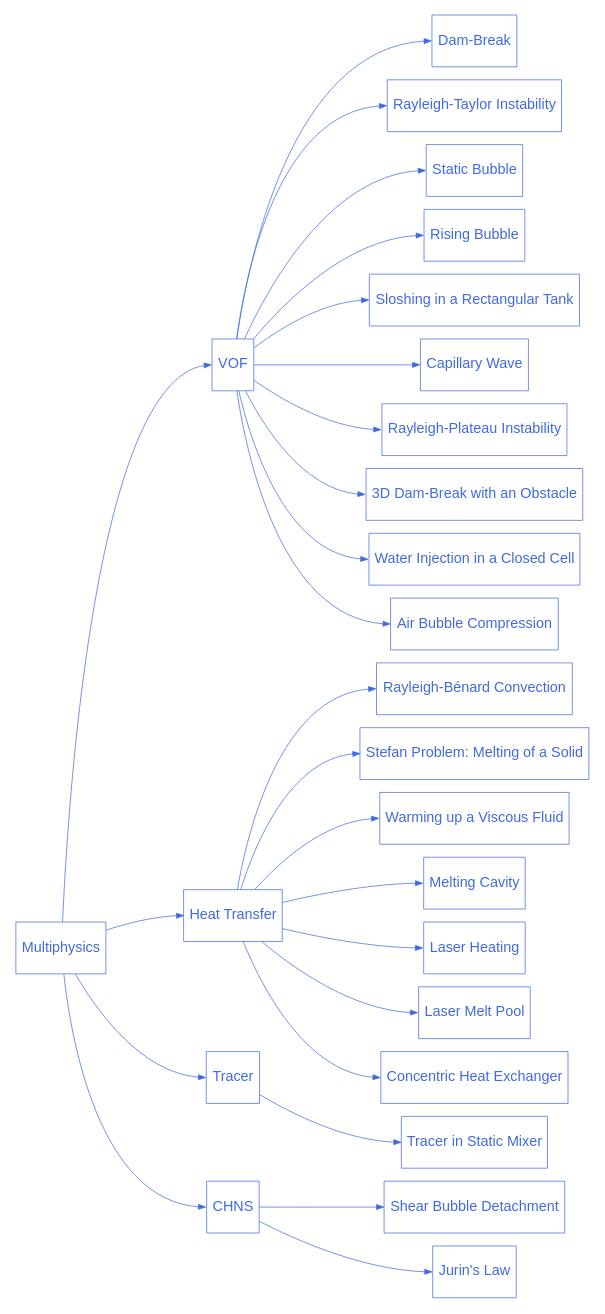
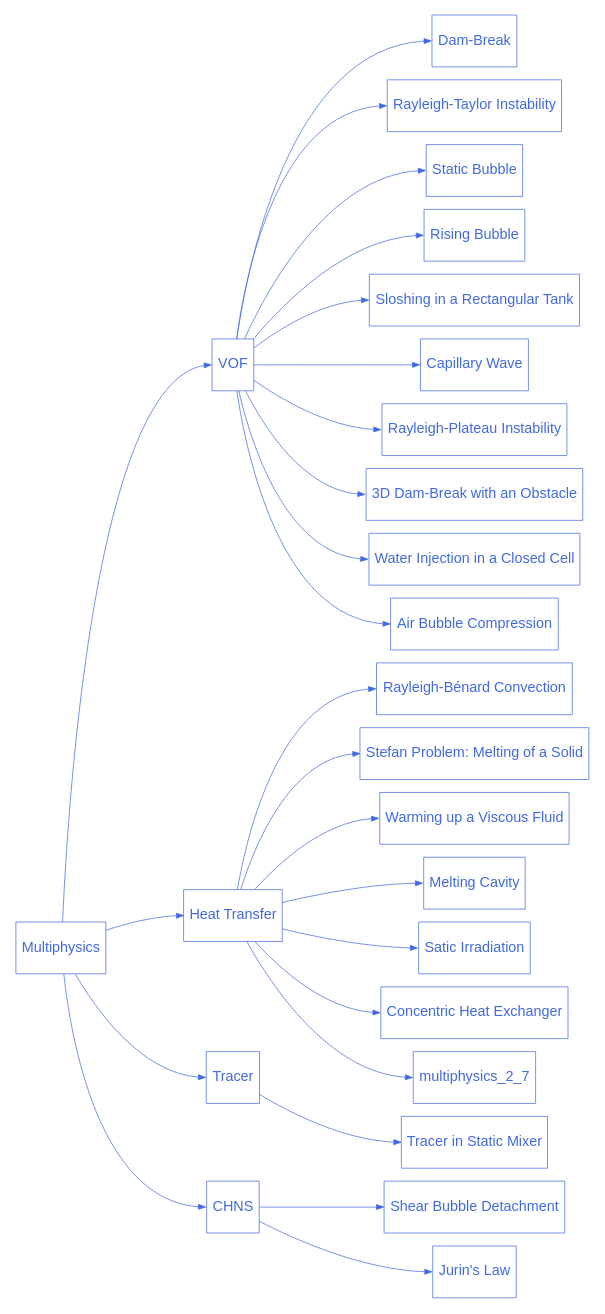
One commit to chaos-polymtl/lethe changed the diagram in doc/source/examples/multiphysics/multiphysics.rst. Above: the diagram before and after it, drawn with Graphviz. The commit also changed 4 other files, not shown here.

```diff
--- a/doc/source/examples/multiphysics/multiphysics.rst
+++ b/doc/source/examples/multiphysics/multiphysics.rst
@@ -54,12 +54,10 @@
       multiphysics_2_3 [label="Warming up a Viscous Fluid", href="https://chaos-polymtl.github.io/lethe/documentation/examples/multiphysics/warming-up-a-viscous-fluid/warming-up-a-viscous-fluid.html"];
 
       multiphysics_2_4 [label="Melting Cavity", href="https://chaos-polymtl.github.io/lethe/documentation/examples/multiphysics/melting-cavity/melting-cavity.html"];
+      
+      multiphysics_2_5 [label="Satic Irradiation", href="https://chaos-polymtl.github.io/lethe/documentation/examples/multiphysics/static-irradiation/static-irradiation.html"];
 
-      multiphysics_2_5 [label="Laser Heating", href="https://chaos-polymtl.github.io/lethe/documentation/examples/multiphysics/laser-heating/laser-heating.html"];
-
-      multiphysics_2_6 [label="Laser Melt Pool", href="https://chaos-polymtl.github.io/lethe/documentation/examples/multiphysics/laser-melt-pool/laser-melt-pool.html"];
-
-      multiphysics_2_7 [label="Concentric Heat Exchanger", href="https://chaos-polymtl.github.io/lethe/documentation/examples/multiphysics/concentric-heat-exchanger/concentric-heat-exchanger.html"];
+      multiphysics_2_6 [label="Concentric Heat Exchanger", href="https://chaos-polymtl.github.io/lethe/documentation/examples/multiphysics/concentric-heat-exchanger/concentric-heat-exchanger.html"];
 
       multiphysics_3 [label="Tracer", href="https://chaos-polymtl.github.io/lethe/documentation/examples/multiphysics/tracer.html"];  
 
```
